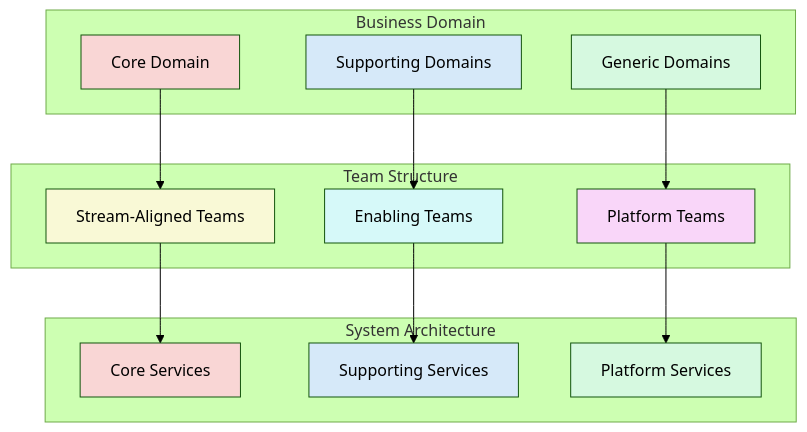
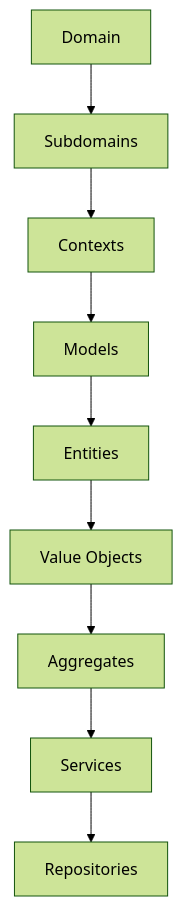
Before and after one commit to carlsendk/tech-leadership: the first of 2 diagrams in src/content/wiki/organization/organization-ddd.md, drawn with Mermaid (forest theme). The commit also changed other lines of this file and 16 other files, not shown here.

````diff
--- a/src/content/wiki/organization/organization-ddd.md
+++ b/src/content/wiki/organization/organization-ddd.md
@@ -17,34 +17,11 @@
 ```mermaid
 graph TD
-    subgraph "Business Domain"
-        A[Core Domain]
-        B[Supporting Domains]
-        C[Generic Domains]
-    end
-    
-    subgraph "Team Structure"
-        D[Stream-Aligned Teams]
-        E[Enabling Teams]
-        F[Platform Teams]
-    end
-    
-    subgraph "System Architecture"
-        G[Core Services]
-        H[Supporting Services]
-        I[Platform Services]
-    end
-    
-    A --> D --> G
-    B --> E --> H
-    C --> F --> I
-    
-    style A fill:#f9d6d5
-    style B fill:#d6e9f9
-    style C fill:#d6f9e0
-    style D fill:#f9f9d6
-    style E fill:#d6f9f9
-    style F fill:#f9d6f9
-    style G fill:#f9d6d5
-    style H fill:#d6e9f9
-    style I fill:#d6f9e0
+    A[Domain] --> B[Subdomains]
+    B --> C[Contexts]
+    C --> D[Models]
+    D --> E[Entities]
+    E --> F[Value Objects]
+    F --> G[Aggregates]
+    G --> H[Services]
+    H --> I[Repositories]
 ```
````
